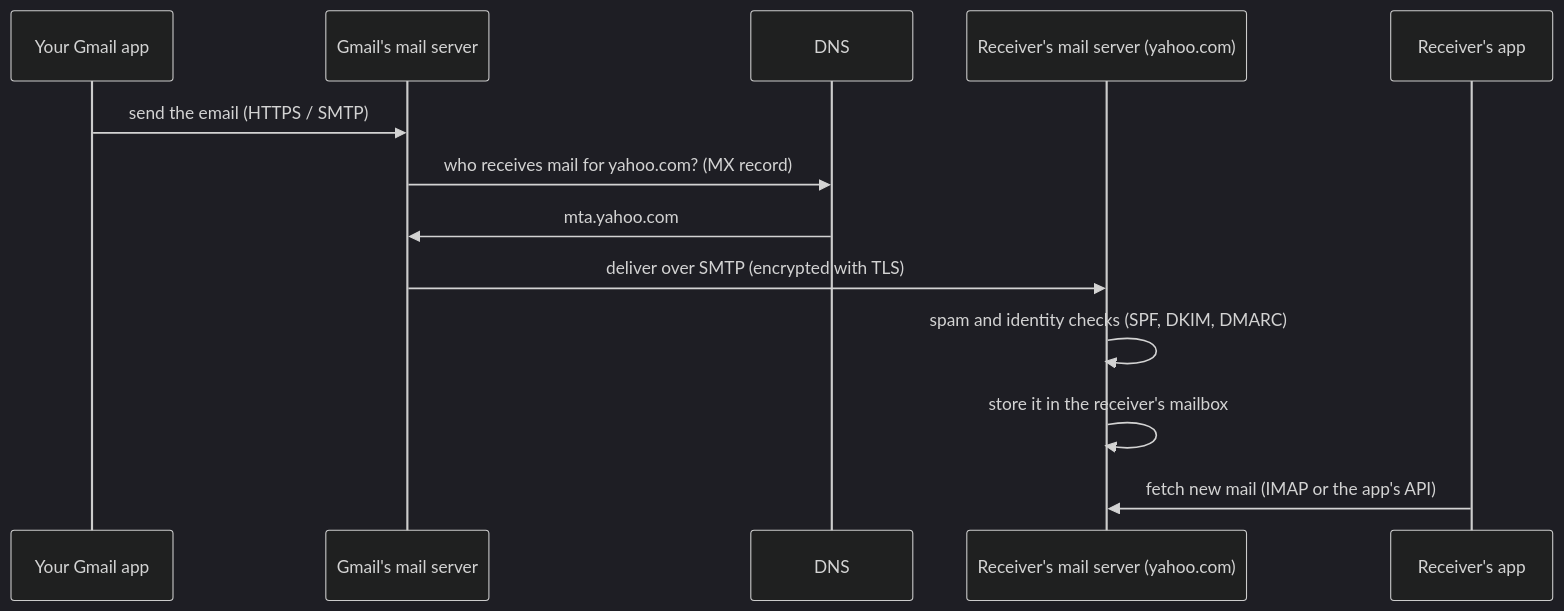
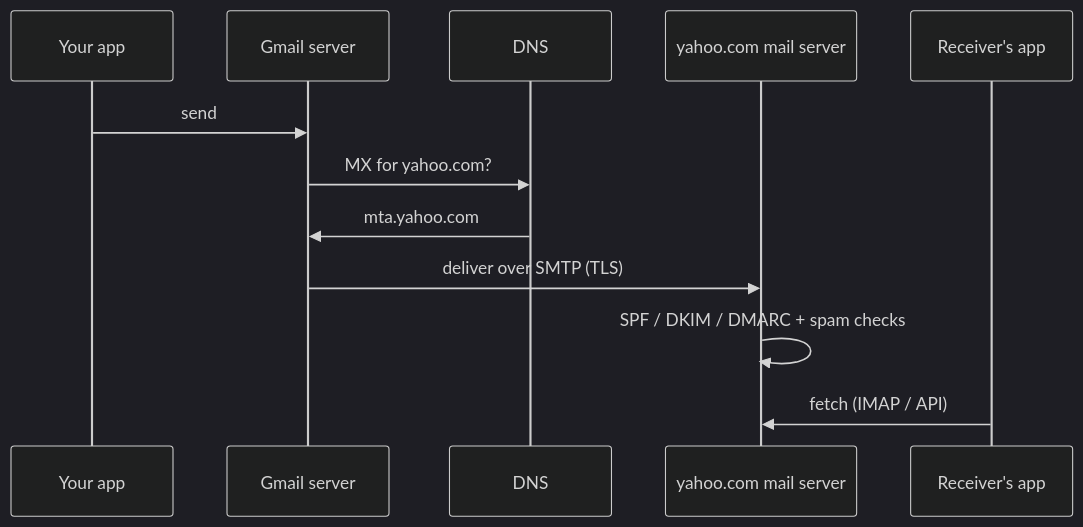
Before and after one commit to sathsure/Tech-Mastery-Hub: the second of 4 diagrams in interview/under-the-hood/18-How-Everyday-Tech-Works.md, drawn with Mermaid (dark theme). The commit also changed other lines of this file and 69 other files, not shown here.

````diff
--- a/interview/under-the-hood/18-How-Everyday-Tech-Works.md
+++ b/interview/under-the-hood/18-How-Everyday-Tech-Works.md
@@ -136,15 +187,14 @@
 ```mermaid
 sequenceDiagram
-  participant A as Your Gmail app
-  participant G as Gmail's mail server
+  participant A as Your app
+  participant G as Gmail server
   participant D as DNS
-  participant Y as Receiver's mail server (yahoo.com)
+  participant Y as yahoo.com mail server
   participant R as Receiver's app
-  A->>G: send the email (HTTPS / SMTP)
-  G->>D: who receives mail for yahoo.com? (MX record)
+  A->>G: send
+  G->>D: MX for yahoo.com?
   D->>G: mta.yahoo.com
-  G->>Y: deliver over SMTP (encrypted with TLS)
-  Y->>Y: spam and identity checks (SPF, DKIM, DMARC)
-  Y->>Y: store it in the receiver's mailbox
-  R->>Y: fetch new mail (IMAP or the app's API)
+  G->>Y: deliver over SMTP (TLS)
+  Y->>Y: SPF / DKIM / DMARC + spam checks
+  R->>Y: fetch (IMAP / API)
 ```
````
